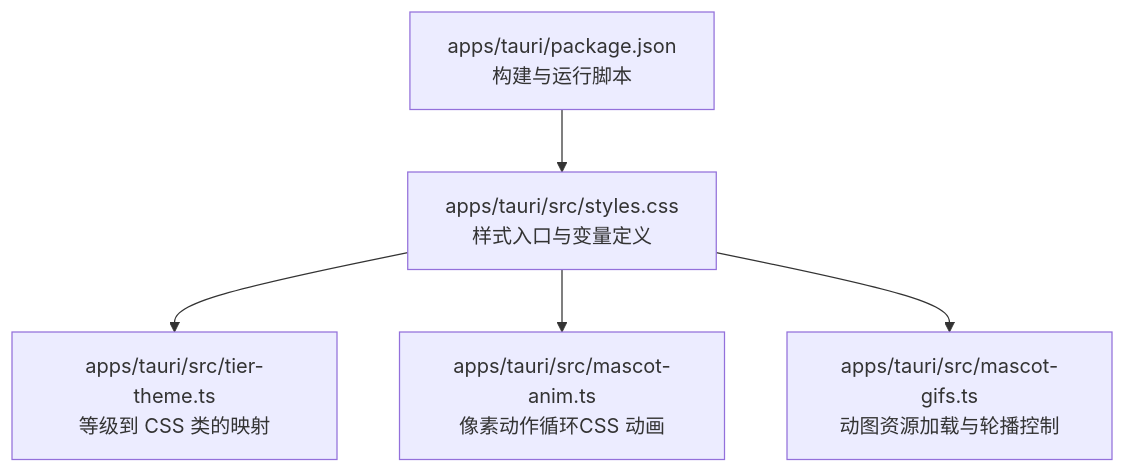
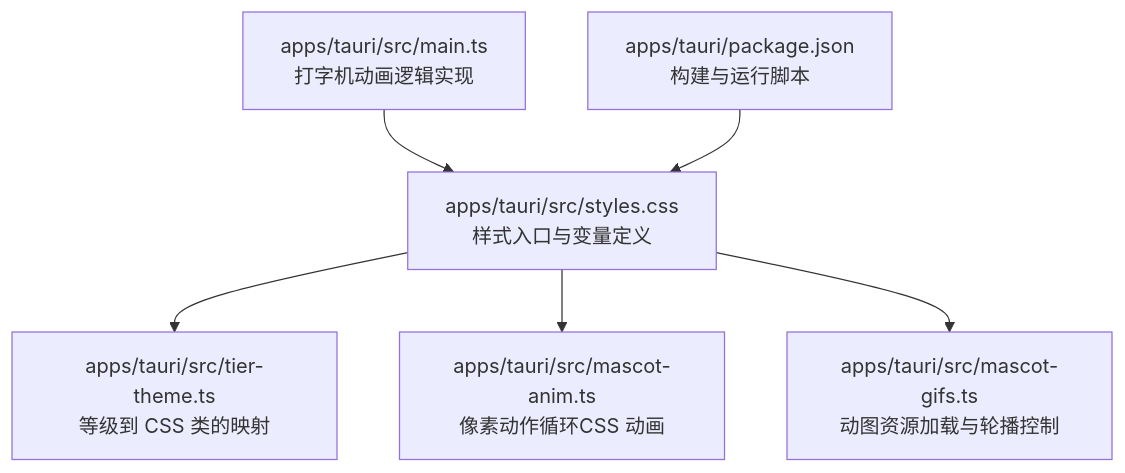
One commit to Sev73n/cursorq changed the first of 3 diagrams in .qoder/repowiki/zh/content/前端架构/样式系统.md. Above: the diagram before and after it, drawn with Mermaid. The commit also changed other lines of this file and 10 other files, not shown here.

````diff
--- a/.qoder/repowiki/zh/content/前端架构/样式系统.md
+++ b/.qoder/repowiki/zh/content/前端架构/样式系统.md
@@ -36,7 +44,8 @@
 ```mermaid
 graph TB
 A["apps/tauri/src/styles.css<br/>样式入口与变量定义"] --> B["apps/tauri/src/tier-theme.ts<br/>等级到 CSS 类的映射"]
 A --> C["apps/tauri/src/mascot-anim.ts<br/>像素动作循环CSS 动画"]
 A --> D["apps/tauri/src/mascot-gifs.ts<br/>动图资源加载与轮播控制"]
-E["apps/tauri/package.json<br/>构建与运行脚本"] --> A
+E["apps/tauri/src/main.ts<br/>打字机动画逻辑实现"] --> A
+F["apps/tauri/package.json<br/>构建与运行脚本"] --> A
 ```
````
